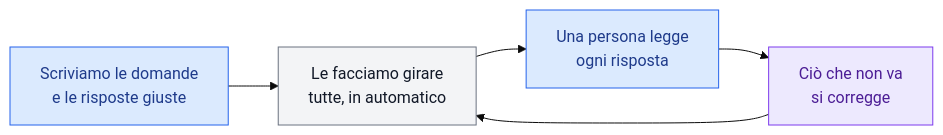
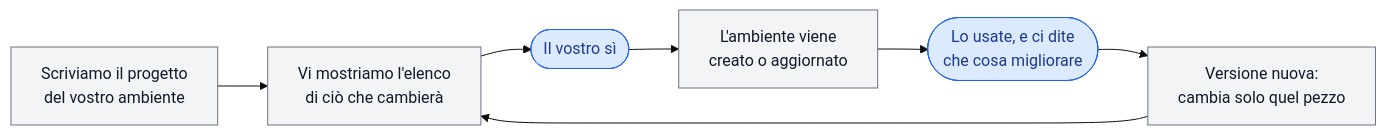
One commit to hevolusinnovation/hevolus-claude-plugins changed the third of 4 diagrams in plugins/blueprints/skills/xrcopilotlab-blueprint-guide/references/grafici.md. Above: the diagram before and after it, drawn with Mermaid (base theme). The commit also changed other lines of this file and 15 other files, not shown here.

````diff
--- a/plugins/blueprints/skills/xrcopilotlab-blueprint-guide/references/grafici.md
+++ b/plugins/blueprints/skills/xrcopilotlab-blueprint-guide/references/grafici.md
@@ -93,10 +81,11 @@
 ```mermaid
 flowchart LR
-  A[Scriviamo le domande<br/>e le risposte giuste]:::persona --> B[Le facciamo girare<br/>tutte, in automatico]:::regola
-  B --> C[Una persona legge<br/>ogni risposta]:::persona
-  C --> D[Ciò che non va<br/>si corregge]:::ai
-  D --> B
+  A[Scriviamo il progetto<br/>del vostro ambiente]:::regola --> B[Vi mostriamo l'elenco<br/>di ciò che cambierà]:::regola
+  B --> C([Il vostro sì]):::persona
+  C --> D[L'ambiente viene<br/>creato o aggiornato]:::regola
+  D --> E([Lo usate, e ci dite<br/>che cosa migliorare]):::persona
+  E --> F[Versione nuova:<br/>cambia solo quel pezzo]:::regola
+  F --> B
   classDef persona fill:#dbeafe,stroke:#2563eb,color:#1e3a8a
-  classDef ai      fill:#ede9fe,stroke:#7c3aed,color:#4c1d95
   classDef regola  fill:#f3f4f6,stroke:#6b7280,color:#111827
 ```
````
